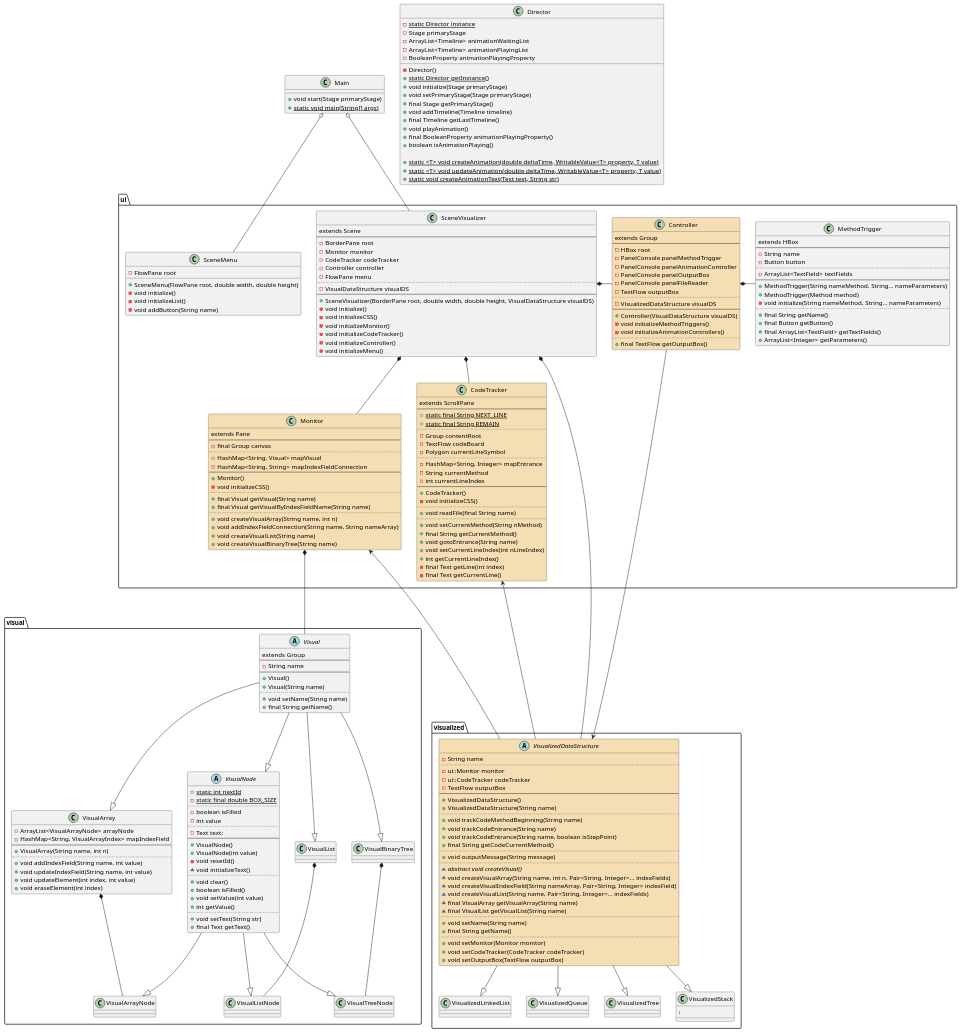
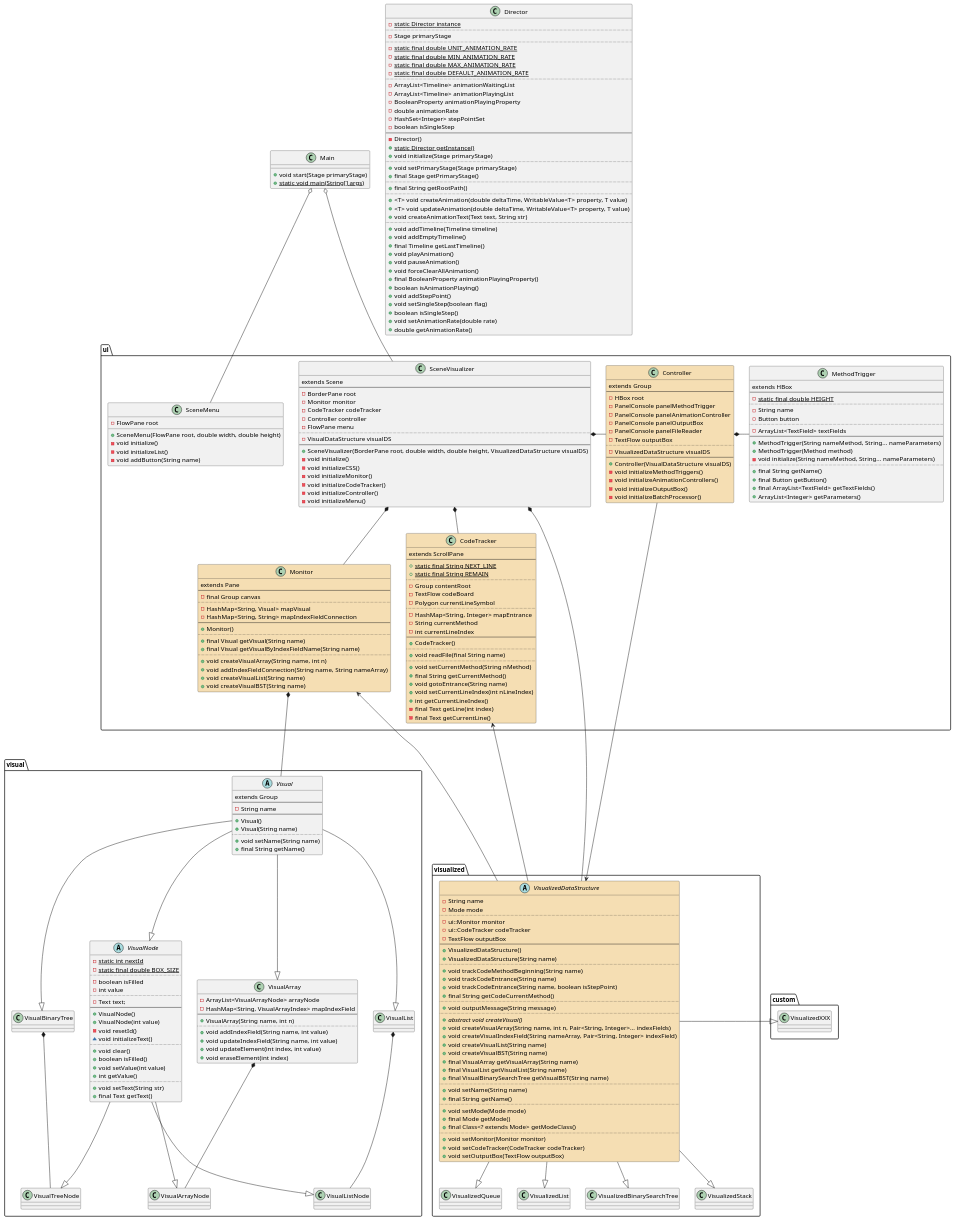
The diagram in classDiagram.puml (JM233333/data-structure-visualizer), drawn with PlantUML before and after one commit. The commit also changed 18 other files, not shown here.

```diff
--- a/classDiagram.puml
+++ b/classDiagram.puml
@@ -23,7 +23,7 @@
         ..
         - VisualDataStructure visualDS
         --
-        + SceneVisualizer(BorderPane root, double width, double height, VisualDataStructure visualDS)
+        + SceneVisualizer(BorderPane root, double width, double height, VisualizedDataStructure visualDS)
         - void initialize()
         - void initializeCSS()
         - void initializeMonitor()
@@ -41,7 +41,6 @@
         - HashMap<String, String> mapIndexFieldConnection
         --
         + Monitor()
-        - void initializeCSS()
         ..
         + final Visual getVisual(String name)
         + final Visual getVisualByIndexFieldName(String name)
@@ -49,7 +48,7 @@
         + void createVisualArray(String name, int n)
         + void addIndexFieldConnection(String name, String nameArray)
         + void createVisualList(String name)
-        + void createVisualBinaryTree(String name)
+        + void createVisualBST(String name)
     }
 
     class CodeTracker #wheat {
@@ -67,7 +66,6 @@
         - int currentLineIndex
         --
         + CodeTracker()
-        - void initializeCSS()
         ..
         + void readFile(final String name)
         ..
@@ -95,12 +93,14 @@
         + Controller(VisualDataStructure visualDS)
         - void initializeMethodTriggers()
         - void initializeAnimationControllers()
-        ..
-        + final TextFlow getOutputBox()
+        - void initializeOutputBox()
+        - void initializeBatchProcessor()
     }
     class MethodTrigger {
         extends HBox
         --
+        - {static} static final double HEIGHT
+        ..
         - String name
         - Button button
         ..
@@ -127,6 +127,7 @@
 
     abstract class VisualizedDataStructure #wheat {
         - String name
+        - Mode mode
         ..
         - ui::Monitor monitor
         - ui::CodeTracker codeTracker
@@ -142,28 +143,31 @@
         ..
         + void outputMessage(String message)
         ..
-        ~ {abstract} abstract void createVisual()
-        ~ void createVisualArray(String name, int n, Pair<String, Integer>... indexFields)
-        ~ void createVisualIndexField(String nameArray, Pair<String, Integer> indexField)
-        ~ void createVisualList(String name, Pair<String, Integer>... indexFields)
-        ~ final VisualArray getVisualArray(String name)
-        ~ final VisualList getVisualList(String name)
+        + {abstract} abstract void createVisual()
+        + void createVisualArray(String name, int n, Pair<String, Integer>... indexFields)
+        + void createVisualIndexField(String nameArray, Pair<String, Integer> indexField)
+        + void createVisualList(String name)
+        + void createVisualBST(String name)
+        + final VisualArray getVisualArray(String name)
+        + final VisualList getVisualList(String name)
+        + final VisualBinarySearchTree getVisualBST(String name)
         ..
         + void setName(String name)
         + final String getName()
+        ..
+        + void setMode(Mode mode)
+        + final Mode getMode()
+        + final Class<? extends Mode> getModeClass()
         ..
         + void setMonitor(Monitor monitor)
         + void setCodeTracker(CodeTracker codeTracker)
         + void setOutputBox(TextFlow outputBox)
     }
-    class VisualizedStack {
-        ;
-    }
 
-    VisualizedDataStructure --|> VisualizedLinkedList
     VisualizedDataStructure --|> VisualizedStack
     VisualizedDataStructure --|> VisualizedQueue
-    VisualizedDataStructure --|> VisualizedTree
+    VisualizedDataStructure --|> VisualizedList
+    VisualizedDataStructure --|> VisualizedBinarySearchTree
 }
 
 namespace visual {
@@ -229,6 +233,9 @@
     VisualBinaryTree *-- VisualTreeNode
 }
 
+namespace custom {
+}
+
 class Main {
     + void start(Stage primaryStage)
     + {static} static void main(String[] args)
@@ -236,24 +243,47 @@
 
 class Director {
     - {static} static Director instance
+    ..
     - Stage primaryStage
+    ..
+    - {static} static final double UNIT_ANIMATION_RATE
+    - {static} static final double MIN_ANIMATION_RATE
+    - {static} static final double MAX_ANIMATION_RATE
+    - {static} static final double DEFAULT_ANIMATION_RATE
+    ..
     - ArrayList<Timeline> animationWaitingList
     - ArrayList<Timeline> animationPlayingList
     - BooleanProperty animationPlayingProperty
+    - double animationRate
+    - HashSet<Integer> stepPointSet
+    - boolean isSingleStep
+    --
     - Director()
     + {static} static Director getInstance()
     + void initialize(Stage primaryStage)
+    ..
     + void setPrimaryStage(Stage primaryStage)
     + final Stage getPrimaryStage()
+    ..
+    + final String getRootPath()
+    ..
+    + <T> void createAnimation(double deltaTime, WritableValue<T> property, T value)
+    + <T> void updateAnimation(double deltaTime, WritableValue<T> property, T value)
+    + void createAnimationText(Text text, String str)
+    ..
     + void addTimeline(Timeline timeline)
+    + void addEmptyTimeline()
     + final Timeline getLastTimeline()
     + void playAnimation()
+    + void pauseAnimation()
+    + void forceClearAllAnimation()
     + final BooleanProperty animationPlayingProperty()
     + boolean isAnimationPlaying()
-
-    + {static} static <T> void createAnimation(double deltaTime, WritableValue<T> property, T value)
-    + {static} static <T> void updateAnimation(double deltaTime, WritableValue<T> property, T value)
-    + {static} static void createAnimationText(Text text, String str)
+    + void addStepPoint()
+    + void setSingleStep(boolean flag)
+    + boolean isSingleStep()
+    + void setAnimationRate(double rate)
+    + double getAnimationRate()
 }
 
 Main o-- ui::SceneMenu
@@ -268,4 +298,6 @@
 
 visualized::VisualizedDataStructure -left[hidden]-> visual::VisualArray
 
+visualized::VisualizedDataStructure -right-|> custom::VisualizedXXX
+
 @enduml
```
